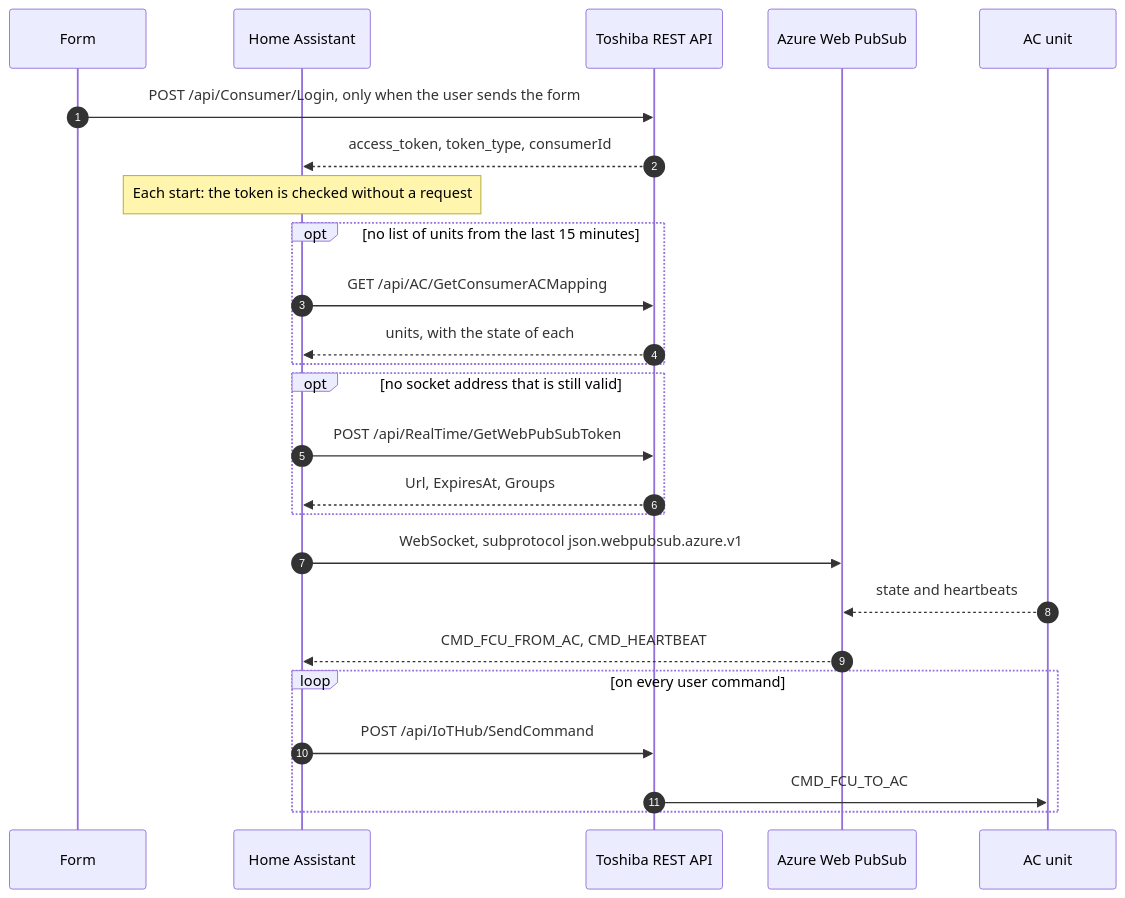
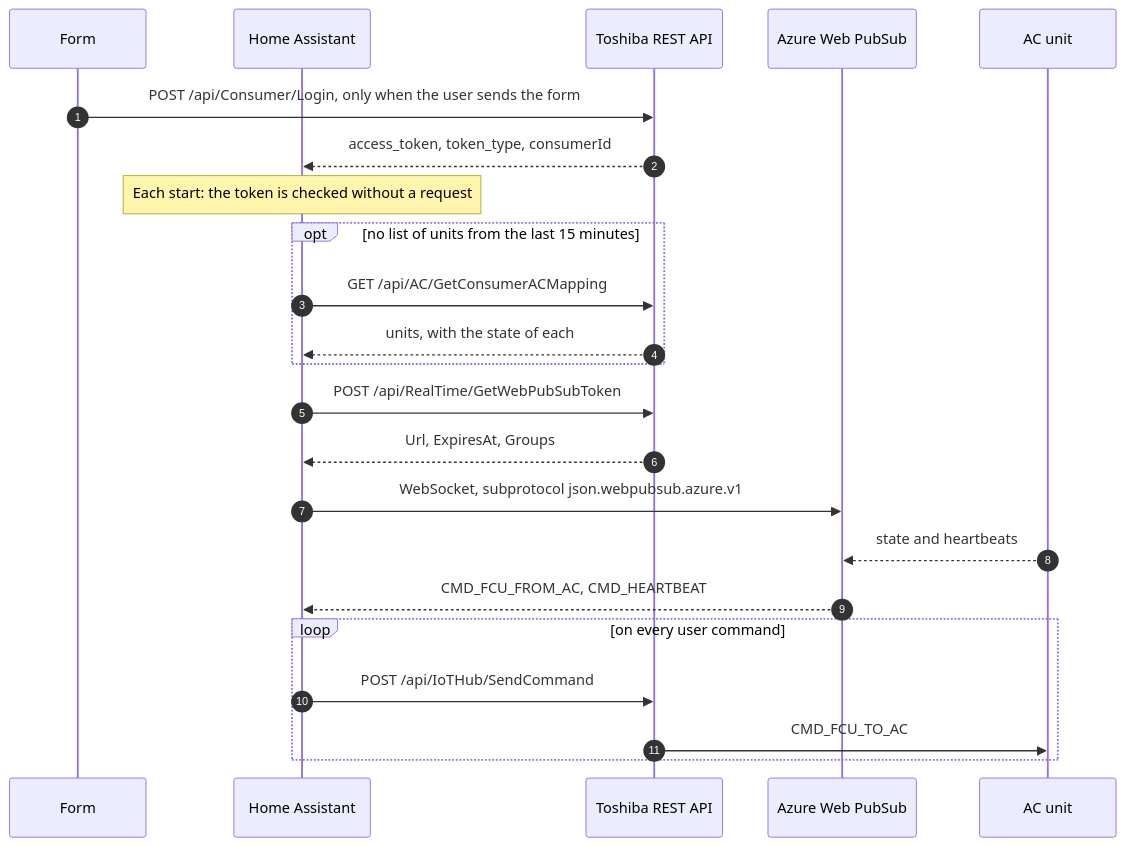
One commit to anto294/homeassistant-toshiba-ac changed the diagram in docs/authentication.md. Above: the diagram before and after it, drawn with Mermaid. The commit also changed other lines of this file and 10 other files, not shown here.

````diff
--- a/docs/authentication.md
+++ b/docs/authentication.md
@@ -23,31 +23,29 @@
 ```mermaid
 sequenceDiagram
     autonumber
     participant F as Form
     participant HA as Home Assistant
     participant REST as Toshiba REST API
     participant WPS as Azure Web PubSub
     participant AC as AC unit
 
     F->>REST: POST /api/Consumer/Login, only when the user sends the form
     REST-->>HA: access_token, token_type, consumerId
 
     Note over HA: Each start: the token is checked without a request
 
     opt no list of units from the last 15 minutes
         HA->>REST: GET /api/AC/GetConsumerACMapping
         REST-->>HA: units, with the state of each
     end
-    opt no socket address that is still valid
-        HA->>REST: POST /api/RealTime/GetWebPubSubToken
-        REST-->>HA: Url, ExpiresAt, Groups
-    end
+    HA->>REST: POST /api/RealTime/GetWebPubSubToken
+    REST-->>HA: Url, ExpiresAt, Groups
     HA->>WPS: WebSocket, subprotocol json.webpubsub.azure.v1
     AC-->>WPS: state and heartbeats
     WPS-->>HA: CMD_FCU_FROM_AC, CMD_HEARTBEAT
 
     loop on every user command
         HA->>REST: POST /api/IoTHub/SendCommand
         REST->>AC: CMD_FCU_TO_AC
     end
 ```
````
